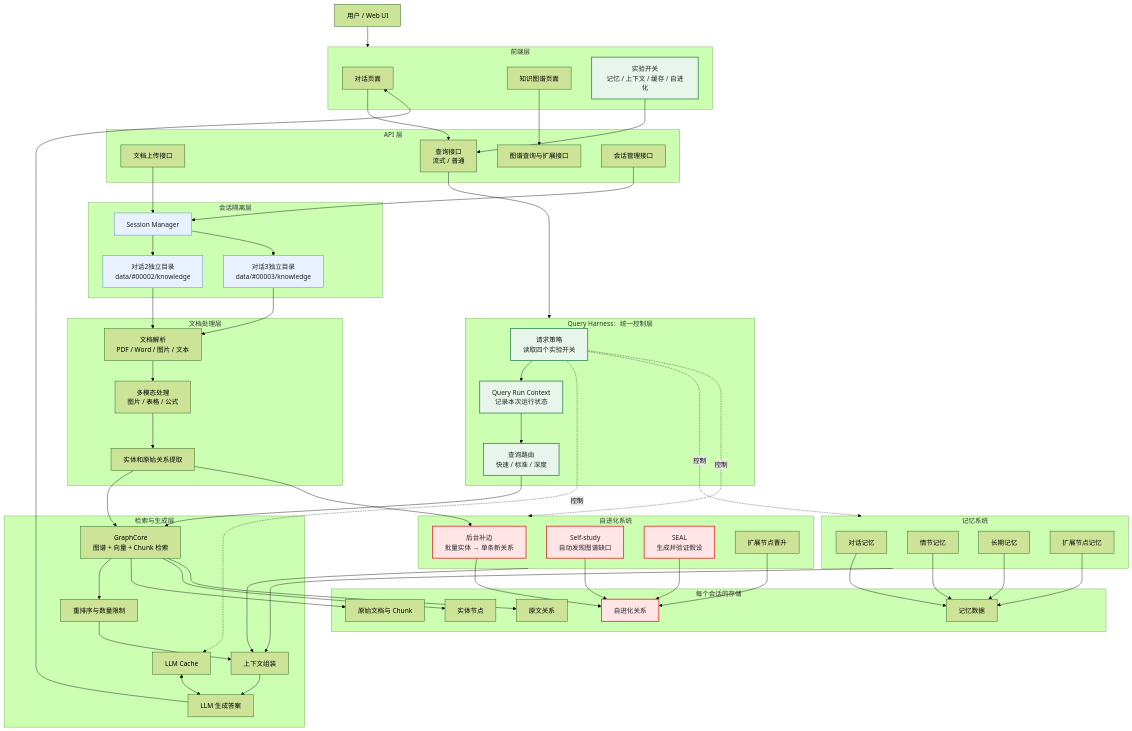
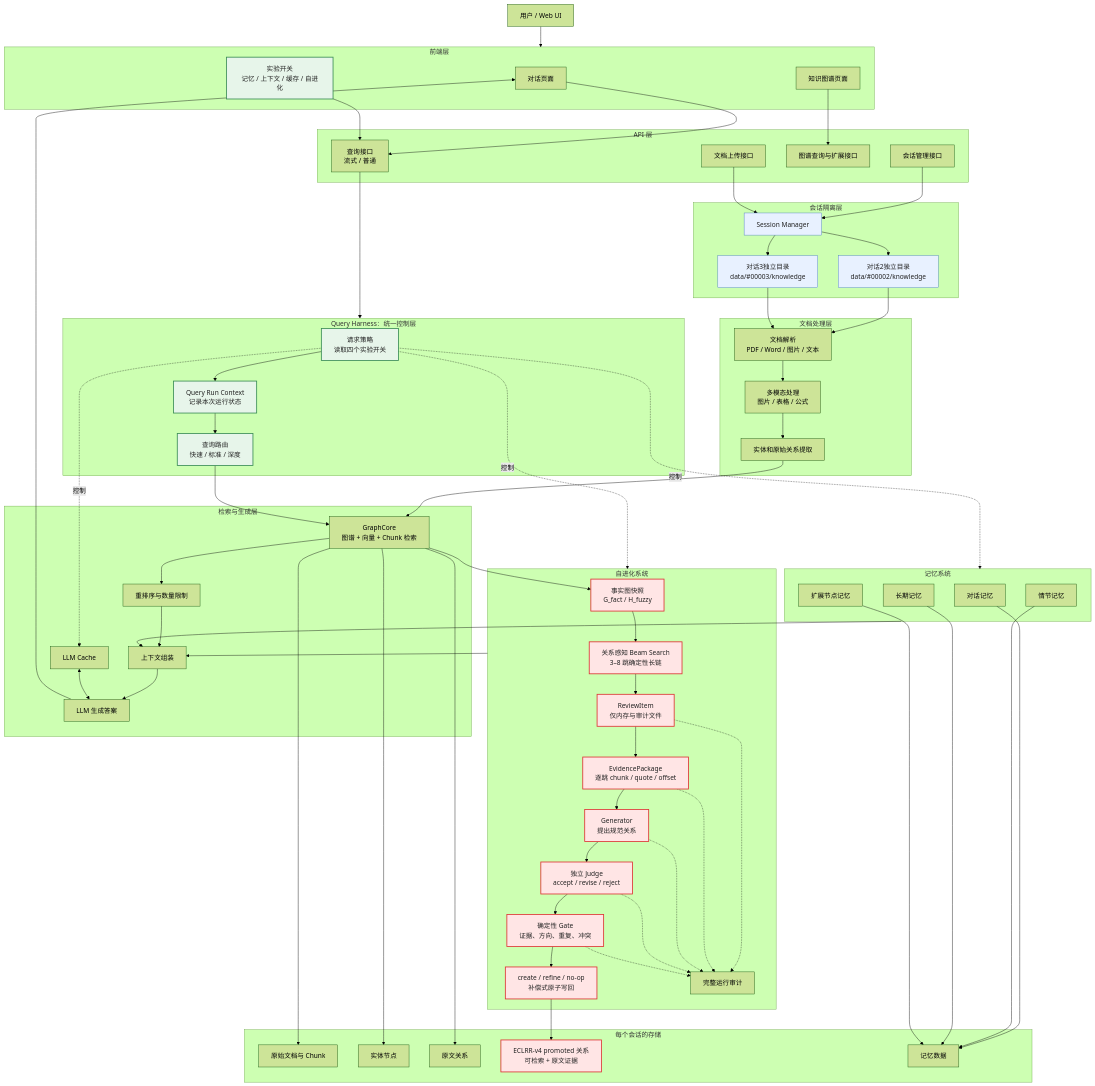
The diagram in README.md (Yang-Jiashu/Doc-thinker), drawn with Mermaid (forest theme) before and after one commit. The commit also changed other lines of this file and 26 other files, not shown here.

Commit message:
Add ECLRR graph evolution and session isolation updates

````diff
--- a/README.md
+++ b/README.md
@@ -234,17 +234,22 @@
     end
 
     subgraph EVOLUTION["自进化系统"]
-        EDGE["后台补边<br/>批量实体 → 单条新关系"]
-        STUDY["Self-study<br/>自动发现图谱缺口"]
-        SEAL["SEAL<br/>生成并验证假设"]
-        PROMOTE["扩展节点晋升"]
+        FACTVIEW["事实图快照<br/>G_fact / H_fuzzy"]
+        BEAM["关系感知 Beam Search<br/>3–8 跳确定性长链"]
+        REVIEW["ReviewItem<br/>仅内存与审计文件"]
+        EVIDENCE["EvidencePackage<br/>逐跳 chunk / quote / offset"]
+        GENERATOR["Generator<br/>提出规范关系"]
+        JUDGE["独立 Judge<br/>accept / revise / reject"]
+        GATE["确定性 Gate<br/>证据、方向、重复、冲突"]
+        ACTION["create / refine / no-op<br/>补偿式原子写回"]
+        AUDIT["完整运行审计"]
     end
 
     subgraph STORAGE["每个会话的存储"]
         DOCS["原始文档与 Chunk"]
         NODES["实体节点"]
         ORIGINAL["原文关系"]
-        DISCOVERED["自进化关系"]
+        DISCOVERED["ECLRR-v4 promoted 关系<br/>可检索 + 原文证据"]
         MEMSTORE["记忆数据"]
     end
 
@@ -283,11 +288,14 @@
     GC --> DOCS
     GC --> NODES
     GC --> ORIGINAL
-    EXTRACT --> EDGE
-    EDGE --> DISCOVERED
-    STUDY --> DISCOVERED
-    SEAL --> DISCOVERED
-    PROMOTE --> DISCOVERED
+    GC --> FACTVIEW
+    FACTVIEW --> BEAM --> REVIEW --> EVIDENCE --> GENERATOR --> JUDGE --> GATE --> ACTION
+    ACTION --> DISCOVERED
+    REVIEW -.-> AUDIT
+    EVIDENCE -.-> AUDIT
+    GENERATOR -.-> AUDIT
+    JUDGE -.-> AUDIT
+    GATE -.-> AUDIT
     CONV --> MEMSTORE
     EPISODE --> MEMSTORE
     LONG --> MEMSTORE
@@ -296,7 +304,7 @@
     classDef problem fill:#ffe5e5,stroke:#d33,stroke-width:2px,color:#222;
     classDef harness fill:#e7f5ea,stroke:#3a8b55,stroke-width:2px,color:#222;
     classDef session fill:#e8f1ff,stroke:#4679bd,color:#222;
-    class EDGE,STUDY,SEAL,DISCOVERED problem;
+    class FACTVIEW,BEAM,REVIEW,EVIDENCE,GENERATOR,JUDGE,GATE,ACTION,DISCOVERED problem;
     class POLICY,RUN,ROUTE,SWITCH harness;
     class S2,S3,SM session;
 ```
````
